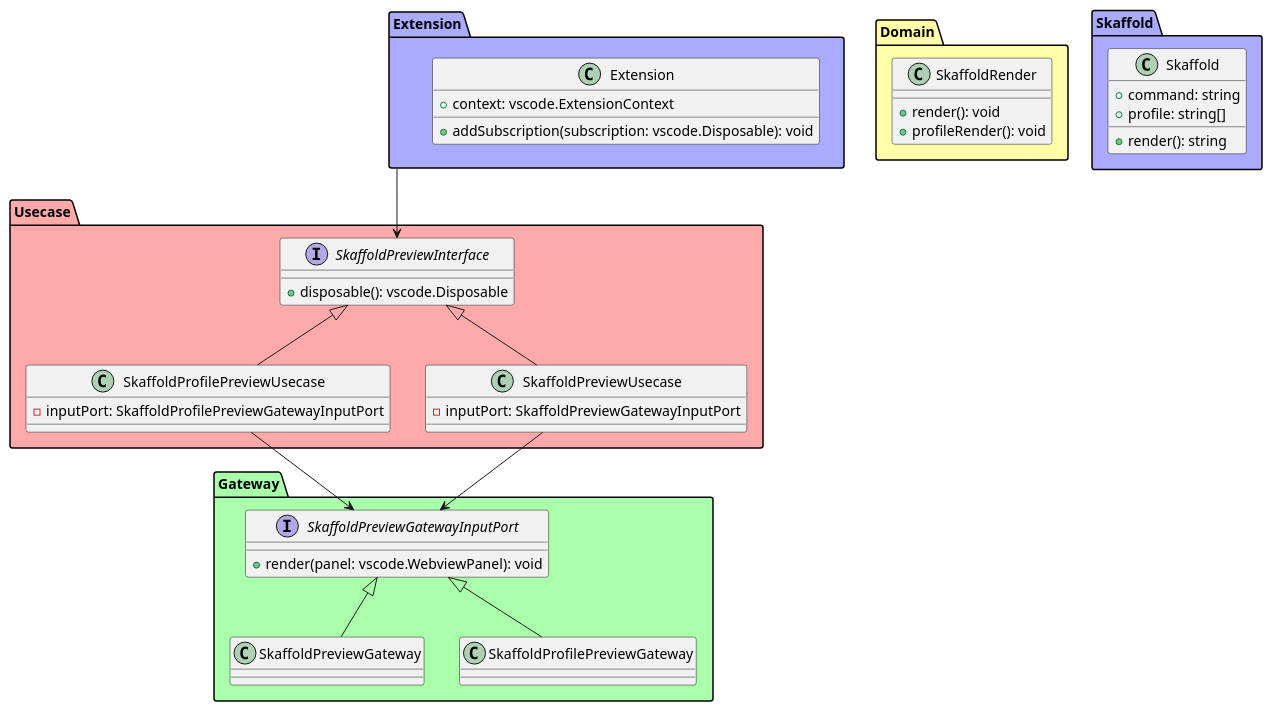
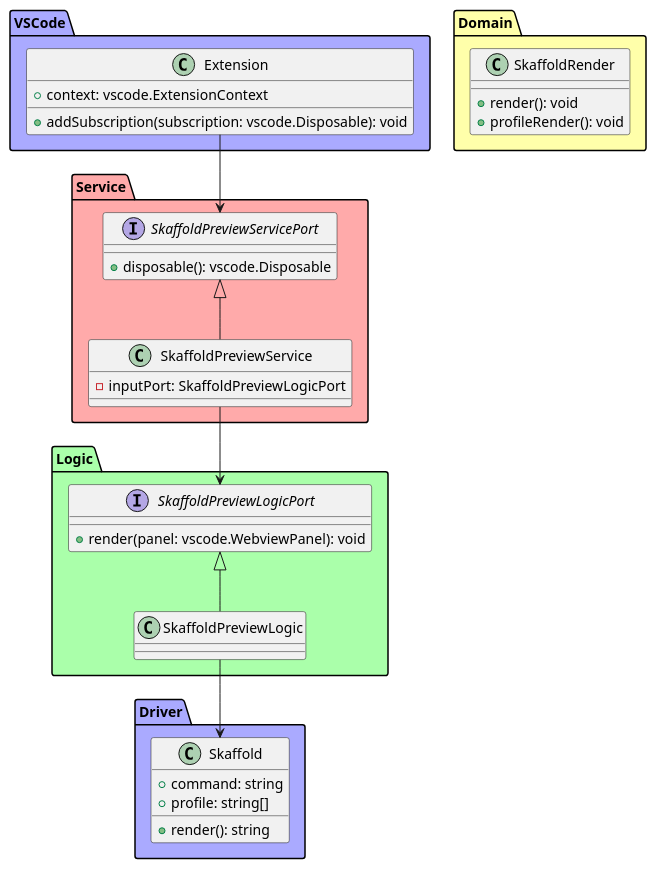
Before and after one commit to maaaashi/skaffold-preview: the diagram in docs/class.pu, drawn with PlantUML. The commit also changed 23 other files, not shown here.

```diff
--- a/docs/class.pu
+++ b/docs/class.pu
@@ -1,65 +1,55 @@
 @startuml
 
-package Extension #AAAAFF {
+package VSCode #AAAAFF {
   class Extension {
     + context: vscode.ExtensionContext
     + addSubscription(subscription: vscode.Disposable): void
   }
 }
 
-package Usecase #FFAAAA {
-  interface SkaffoldPreviewInterface {
+package Service #FFAAAA {
+  interface SkaffoldPreviewServicePort {
     + disposable(): vscode.Disposable
   }
 
-  class SkaffoldPreviewUsecase {
-    - inputPort: SkaffoldPreviewGatewayInputPort
+  class SkaffoldPreviewService {
+    - inputPort: SkaffoldPreviewLogicPort
   }
 
-  class SkaffoldProfilePreviewUsecase {
-    - inputPort: SkaffoldProfilePreviewGatewayInputPort
-  }
-
-  SkaffoldPreviewInterface <|-down- SkaffoldPreviewUsecase
-  SkaffoldPreviewInterface <|-down- SkaffoldProfilePreviewUsecase
+  SkaffoldPreviewServicePort <|-down- SkaffoldPreviewService
 }
 
-SkaffoldPreviewInterface <-up- Extension
+SkaffoldPreviewServicePort <-up- Extension
 
-package Gateway #AAFFAA {
-  interface SkaffoldPreviewGatewayInputPort {
+package Logic #AAFFAA {
+  interface SkaffoldPreviewLogicPort {
     + render(panel: vscode.WebviewPanel): void
   }
 
-  class SkaffoldPreviewGateway {
+  class SkaffoldPreviewLogic {
   }
 
-  SkaffoldPreviewGatewayInputPort <-up- SkaffoldPreviewUsecase
-  SkaffoldPreviewGatewayInputPort <|-down- SkaffoldPreviewGateway
-
-  class SkaffoldProfilePreviewGateway {
-
-  }
-
-  SkaffoldPreviewGatewayInputPort <-up- SkaffoldProfilePreviewUsecase
-  SkaffoldPreviewGatewayInputPort <|-down- SkaffoldProfilePreviewGateway
+  SkaffoldPreviewLogicPort <|-down- SkaffoldPreviewLogic
+  SkaffoldPreviewLogicPort <-up- SkaffoldPreviewService
 }
 
 package Domain #FFFFAA {
   class SkaffoldRender {
     + render(): void
     + profileRender(): void
   }
 }
 
-package Skaffold #AAAAFF {
+package Driver #AAAAFF {
   class Skaffold {
     + command: string
     + profile: string[]
 
     + render(): string
   }
 }
 
+Skaffold <-up- SkaffoldPreviewLogic
+
 
 @enduml
```
